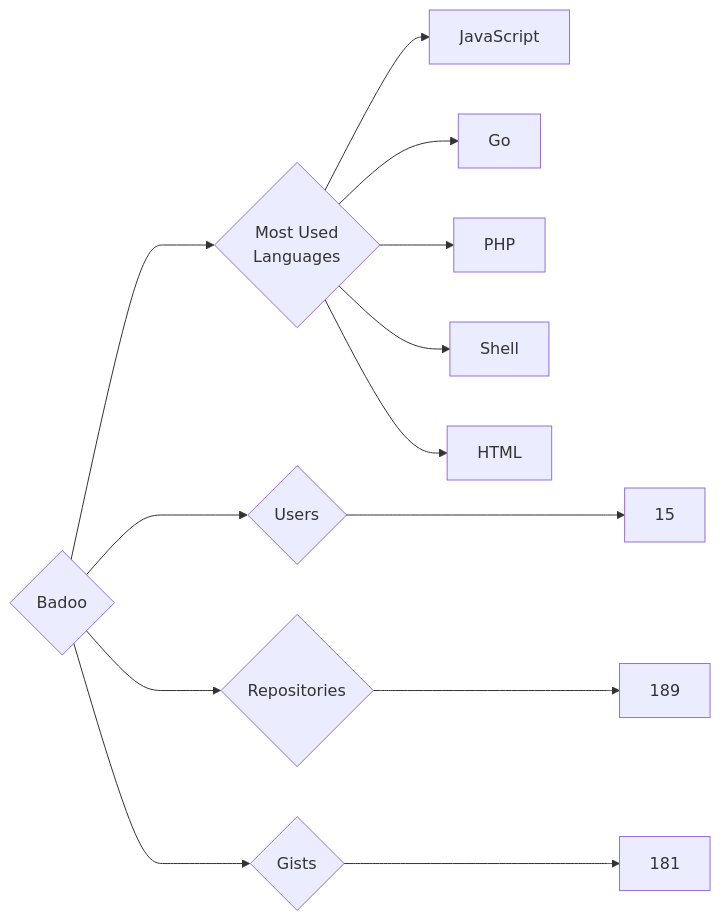
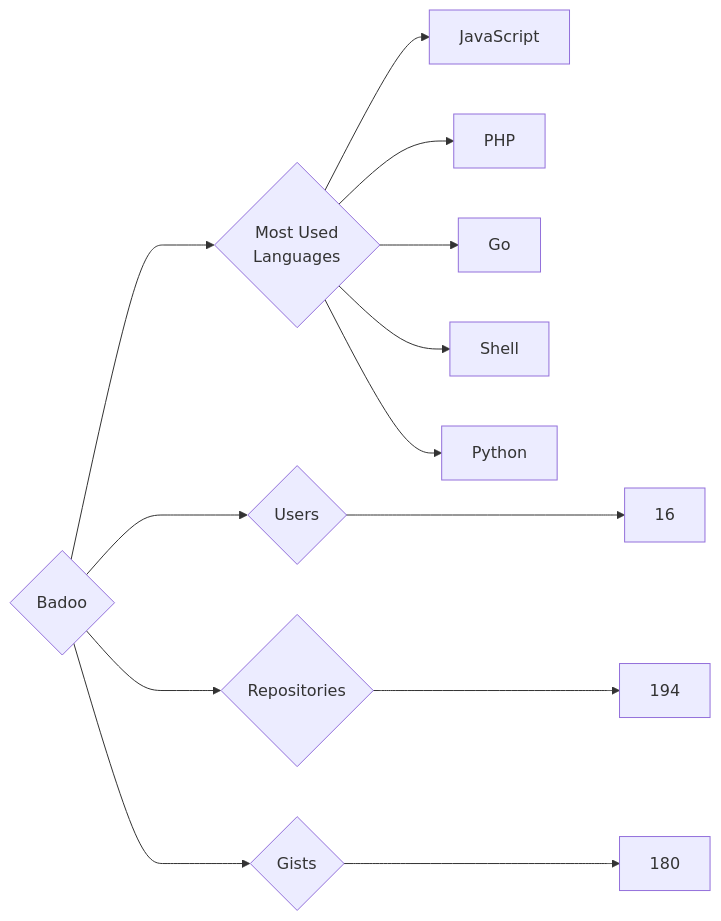
One commit to trickest/insiders changed the diagram in targets/Badoo/README.md. Above: the diagram before and after it, drawn with Mermaid. The commit also changed 912 other files, not shown here.

````diff
--- a/targets/Badoo/README.md
+++ b/targets/Badoo/README.md
@@ -3,13 +3,13 @@
 ```mermaid
 graph LR
 COMPANY_NAME{Badoo}
-COMPANY_NAME ---> U{Users} ---> UN[15]
-COMPANY_NAME ---> R{Repositories} ---> RN[189]
-COMPANY_NAME ---> G{Gists} ---> GN[181]
+COMPANY_NAME ---> U{Users} ---> UN[16]
+COMPANY_NAME ---> R{Repositories} ---> RN[194]
+COMPANY_NAME ---> G{Gists} ---> GN[180]
 COMPANY_NAME ---> ML{Most Used<br>Languages}
 ML --> JavaScript[JavaScript]
+ML --> PHP[PHP]
 ML --> Go[Go]
-ML --> PHP[PHP]
 ML --> Shell[Shell]
-ML --> HTML[HTML]
+ML --> Python[Python]
 ```
````
